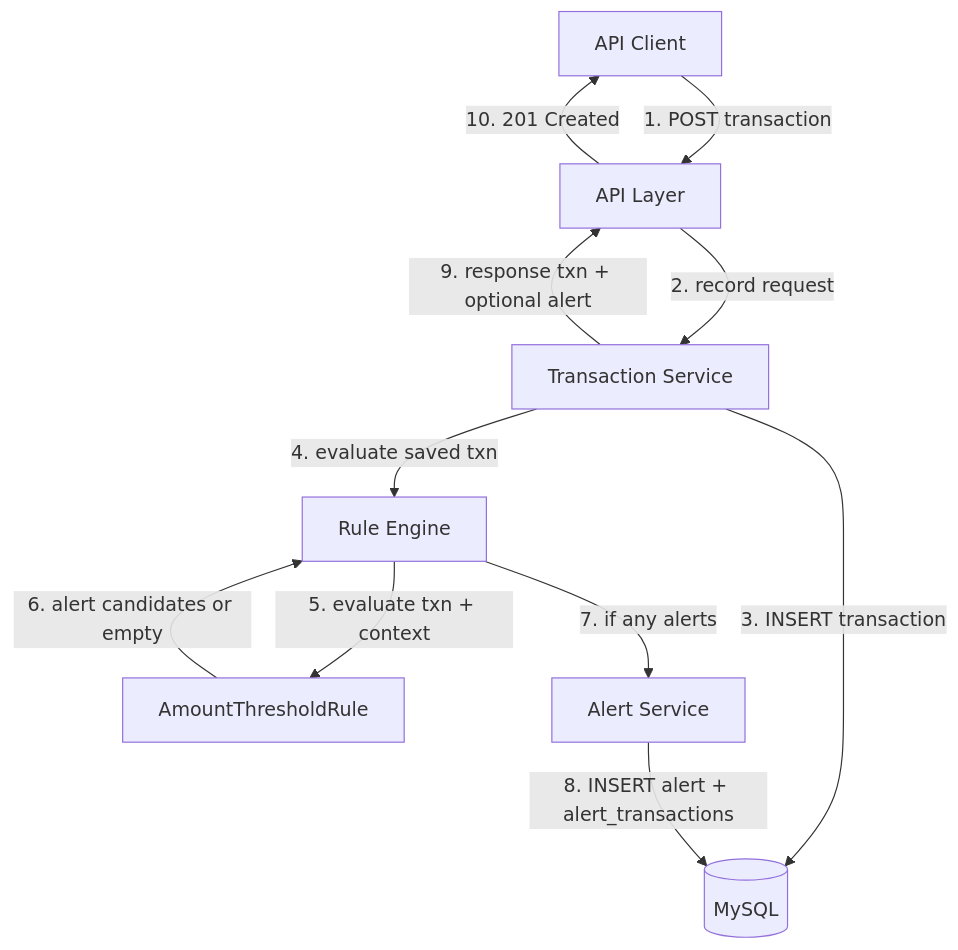
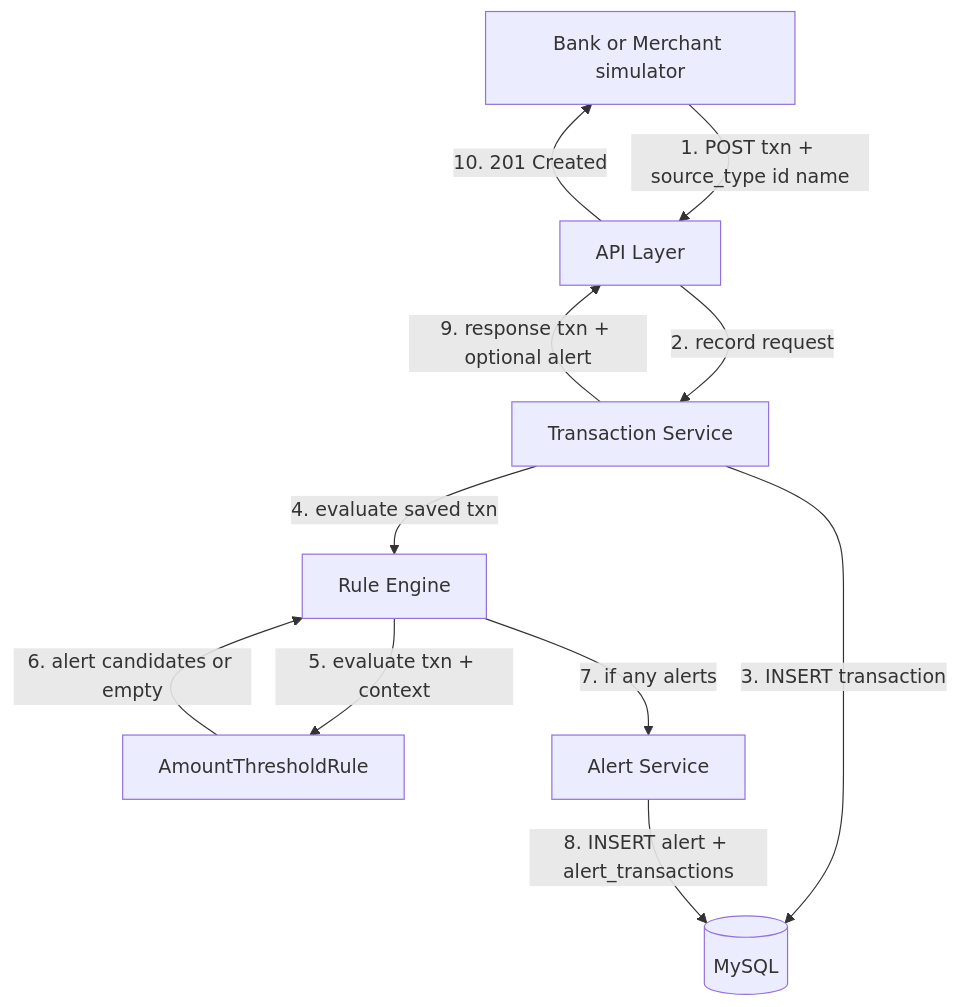
Before and after one commit to IamUsike/democd: the second of 5 diagrams in docs/DFD-MVP.md, drawn with Mermaid. The commit also changed other lines of this file and 10 other files, not shown here.

````diff
--- a/docs/DFD-MVP.md
+++ b/docs/DFD-MVP.md
@@ -39,21 +41,21 @@
 ```mermaid
 flowchart TB
-  Client[API Client]
+  Sim[Bank or Merchant simulator]
   API[API Layer]
   TxnSvc[Transaction Service]
   Engine[Rule Engine]
   Rules[AmountThresholdRule]
   AlertSvc[Alert Service]
   DB[(MySQL)]
 
-  Client -->|"1. POST transaction"| API
+  Sim -->|"1. POST txn + source_type id name"| API
   API -->|"2. record request"| TxnSvc
   TxnSvc -->|"3. INSERT transaction"| DB
   TxnSvc -->|"4. evaluate saved txn"| Engine
   Engine -->|"5. evaluate txn + context"| Rules
   Rules -->|"6. alert candidates or empty"| Engine
   Engine -->|"7. if any alerts"| AlertSvc
   AlertSvc -->|"8. INSERT alert + alert_transactions"| DB
   TxnSvc -->|"9. response txn + optional alert"| API
-  API -->|"10. 201 Created"| Client
+  API -->|"10. 201 Created"| Sim
 ```
````
